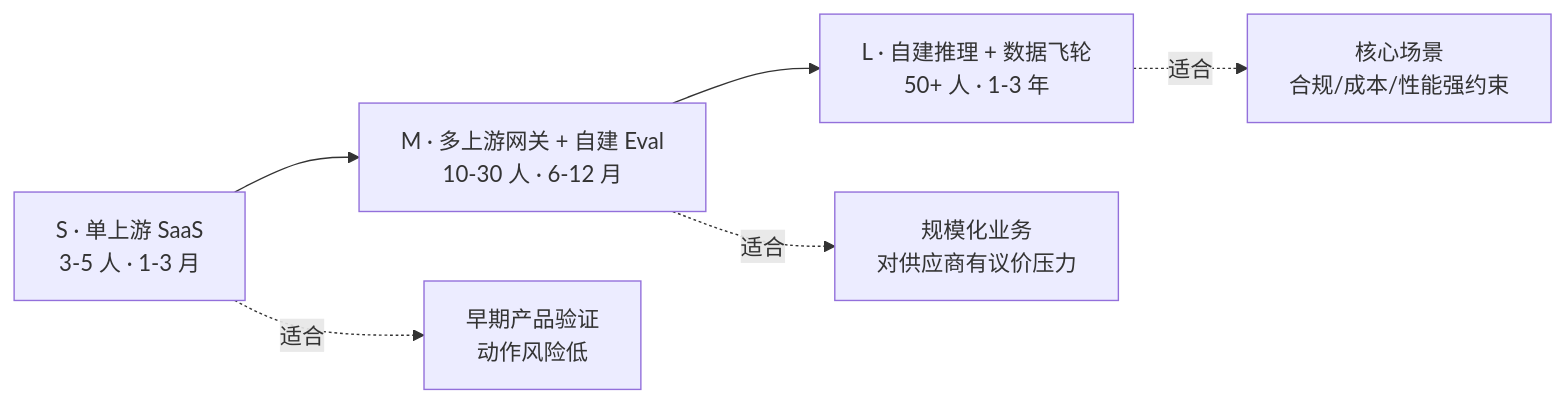
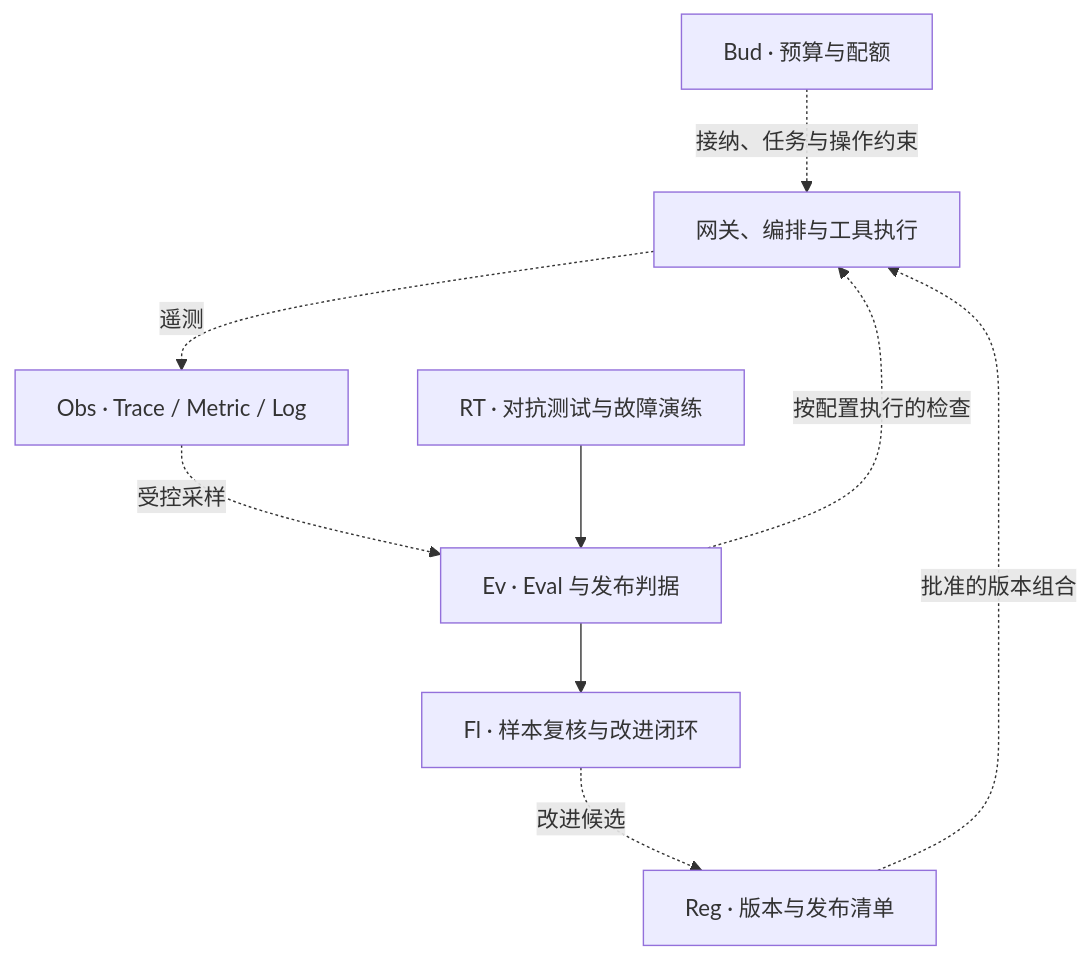
Before and after one commit to oh-my-vibe-coding/ai-reliability-architecture: the second of 2 diagrams in 架构/01-AI系统参考架构.md, drawn with Mermaid. The commit also changed other lines of this file and 67 other files, not shown here.

````diff
--- a/架构/01-AI系统参考架构.md
+++ b/架构/01-AI系统参考架构.md
@@ -235,9 +42,11 @@
 ```mermaid
-flowchart LR
-    S[S · 单上游 SaaS<br/>3-5 人 · 1-3 月] --> M[M · 多上游网关 + 自建 Eval<br/>10-30 人 · 6-12 月]
-    M --> L[L · 自建推理 + 数据飞轮<br/>50+ 人 · 1-3 年]
-
-    S -.适合.-> SCase[早期产品验证<br/>动作风险低]
-    M -.适合.-> MCase[规模化业务<br/>对供应商有议价压力]
-    L -.适合.-> LCase[核心场景<br/>合规/成本/性能强约束]
+flowchart TB
+    Run[网关、编排与工具执行] -.遥测.-> Obs[Obs · Trace / Metric / Log]
+    Obs -.受控采样.-> Ev[Ev · Eval 与发布判据]
+    RT[RT · 对抗测试与故障演练] --> Ev
+    Ev --> Fl[Fl · 样本复核与改进闭环]
+    Fl -.改进候选.-> Reg[Reg · 版本与发布清单]
+    Reg -.批准的版本组合.-> Run
+    Ev -.按配置执行的检查.-> Run
+    Bud[Bud · 预算与配额] -.接纳、任务与操作约束.-> Run
 ```
````
